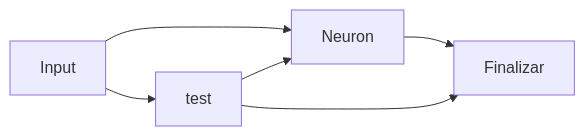
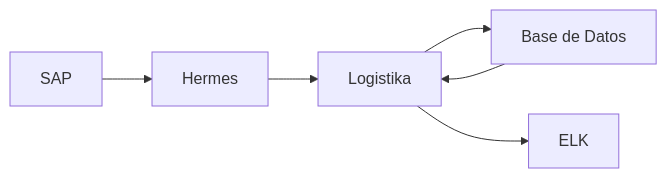
The diagram in docs/index.md (dinnger/CarifyJS), drawn with Mermaid before and after one commit. The commit also changed 5 other files, not shown here.

````diff
--- a/docs/index.md
+++ b/docs/index.md
@@ -21,8 +21,8 @@
 ```mermaid
 flowchart LR
-    A[Input] --> B[Neuron]
-    B --> C[Output]
-    test --> B
-    A --> test
-    test --> C[Finalizar]
+    A[SAP] --> B[Hermes]
+    B --> C[Logistika]
+    C --> D[Base de Datos]
+    D --> C
+    C --> E[ELK]
 ```
````
